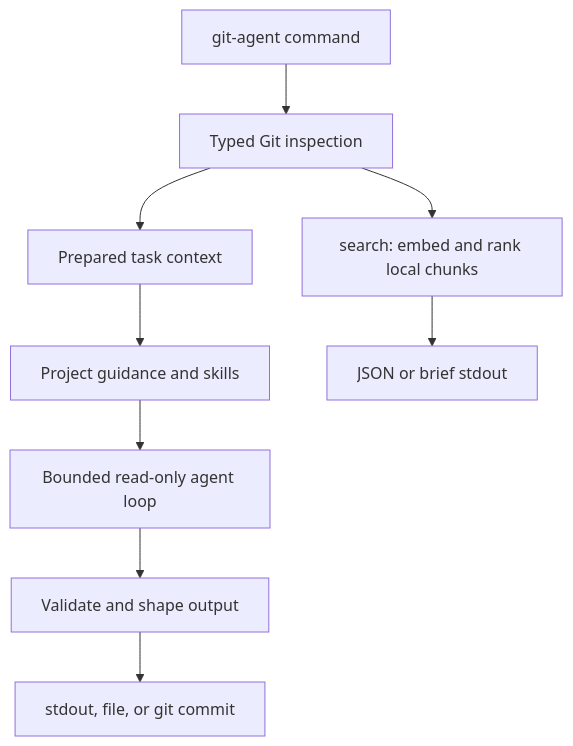
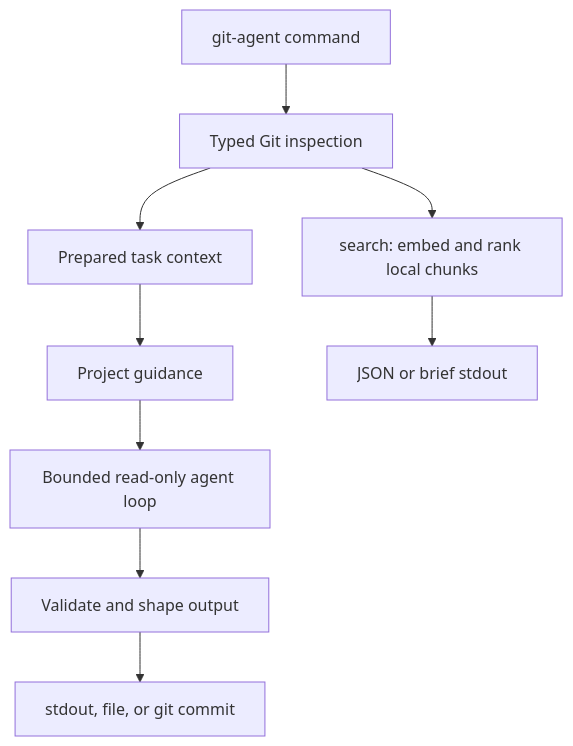
The diagram in README.md (yusing/git-agent), drawn with Mermaid before and after one commit. The commit also changed other lines of this file and 22 other files, not shown here.

````diff
--- a/README.md
+++ b/README.md
@@ -554,11 +556,11 @@
 ```mermaid
 flowchart TD
     Start["git-agent command"] --> Inspect["Typed Git inspection"]
     Inspect --> Context["Prepared task context"]
-    Context --> Guidance["Project guidance and skills"]
+    Context --> Guidance["Project guidance"]
     Guidance --> Agent["Bounded read-only agent loop"]
     Agent --> Validate["Validate and shape output"]
     Validate --> Output["stdout, file, or git commit"]
     Inspect --> Search["search: embed and rank local chunks"]
     Search --> SearchOutput["JSON or brief stdout"]
 ```
````
